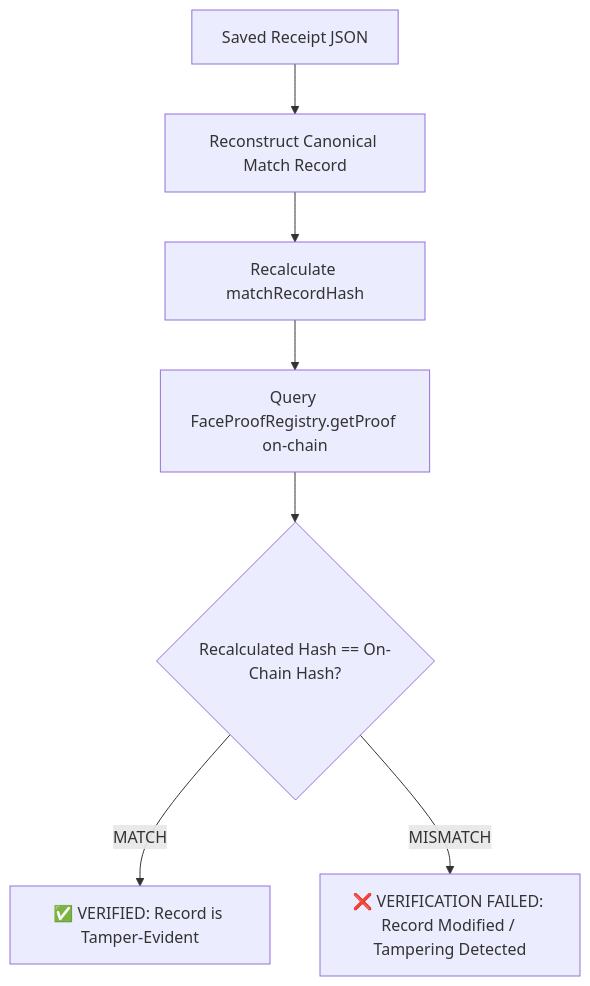
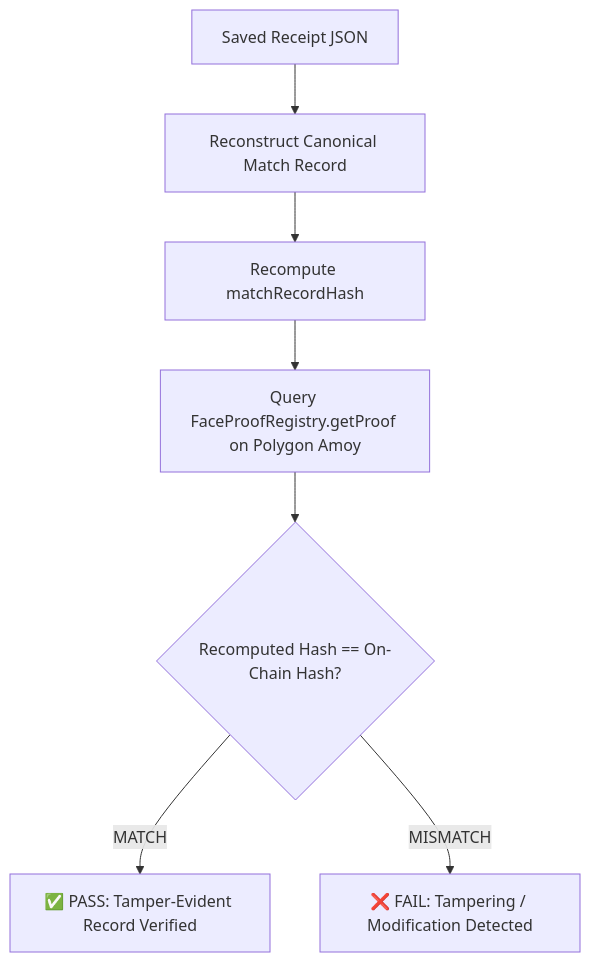
Before and after one commit to theanshukr/Facemap: the third of 3 diagrams in README.md, drawn with Mermaid. The commit also changed other lines of this file, not shown here.

````diff
--- a/README.md
+++ b/README.md
@@ -53,9 +151,9 @@
 ```mermaid
 graph TD
     R[Saved Receipt JSON] --> REC[Reconstruct Canonical Match Record]
-    REC --> HASH[Recalculate matchRecordHash]
-    HASH --> QUERY[Query FaceProofRegistry.getProof on-chain]
-    QUERY --> CMP{Recalculated Hash == On-Chain Hash?}
-    CMP -->|MATCH| P[✅ VERIFIED: Record is Tamper-Evident]
-    CMP -->|MISMATCH| F[❌ VERIFICATION FAILED: Record Modified / Tampering Detected]
+    REC --> HASH[Recompute matchRecordHash]
+    HASH --> QUERY[Query FaceProofRegistry.getProof on Polygon Amoy]
+    QUERY --> CMP{Recomputed Hash == On-Chain Hash?}
+    CMP -->|MATCH| P[✅ PASS: Tamper-Evident Record Verified]
+    CMP -->|MISMATCH| F[❌ FAIL: Tampering / Modification Detected]
 ```
````
